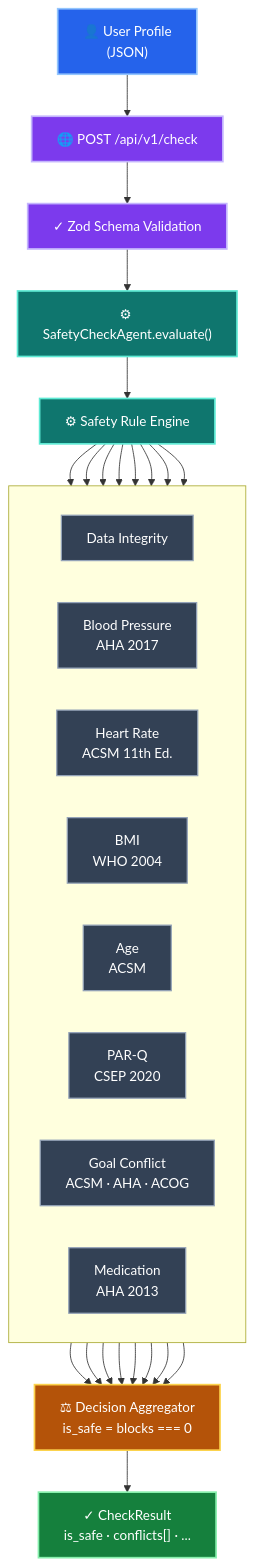
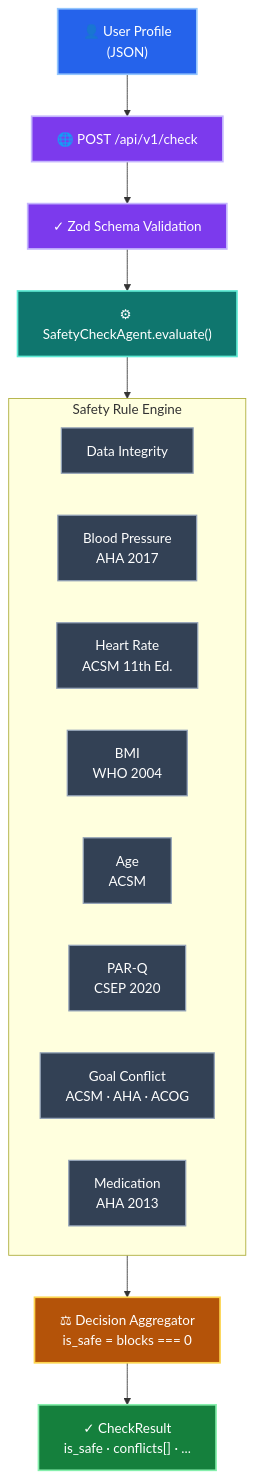
Before and after one commit to ritam03/safety-check-agent: the diagram in README.md, drawn with Mermaid.

Commit message:
Update Architecture Diagram

````diff
--- a/README.md
+++ b/README.md
@@ -76,68 +76,45 @@
 ```mermaid
 flowchart TB
 
     USER["👤 User Profile<br/>(JSON)"]
     API["🌐 POST /api/v1/check"]
     VALIDATE["✓ Zod Schema Validation"]
     AGENT["⚙ SafetyCheckAgent.evaluate()"]
 
     USER --> API
     API --> VALIDATE
     VALIDATE --> AGENT
 
-    ENGINE["⚙ Safety Rule Engine"]
-
-    AGENT --> ENGINE
-
-    subgraph RULES[" "]
+    subgraph RULES["Safety Rule Engine"]
         direction LR
         R1["Data Integrity"]
         R2["Blood Pressure<br/>AHA 2017"]
         R3["Heart Rate<br/>ACSM 11th Ed."]
         R4["BMI<br/>WHO 2004"]
         R5["Age<br/>ACSM"]
         R6["PAR-Q<br/>CSEP 2020"]
         R7["Goal Conflict<br/>ACSM · AHA · ACOG"]
         R8["Medication<br/>AHA 2013"]
     end
 
-    ENGINE --> R1
-    ENGINE --> R2
-    ENGINE --> R3
-    ENGINE --> R4
-    ENGINE --> R5
-    ENGINE --> R6
-    ENGINE --> R7
-    ENGINE --> R8
+    %% Connect directly to and from the subgraph instead of individual nodes
+    AGENT --> RULES
+    RULES --> DECISION
 
     DECISION["⚖ Decision Aggregator<br/>is_safe = blocks === 0"]
-
-    R1 --> DECISION
-    R2 --> DECISION
-    R3 --> DECISION
-    R4 --> DECISION
-    R5 --> DECISION
-    R6 --> DECISION
-    R7 --> DECISION
-    R8 --> DECISION
-
-    RESULT["✓ CheckResult<br/>is_safe · conflicts[] · ..."]
-
-    DECISION --> RESULT
+    DECISION --> RESULT["✓ CheckResult<br/>is_safe · conflicts[] · ..."]
 
     classDef input fill:#2563EB,stroke:#93C5FD,color:#FFFFFF,stroke-width:2px;
     classDef api fill:#7C3AED,stroke:#C4B5FD,color:#FFFFFF,stroke-width:2px;
     classDef agent fill:#0F766E,stroke:#5EEAD4,color:#FFFFFF,stroke-width:2px;
-    classDef engine fill:#0F766E,stroke:#5EEAD4,color:#FFFFFF,stroke-width:2px;
     classDef rule fill:#334155,stroke:#94A3B8,color:#FFFFFF,stroke-width:1.5px;
     classDef decision fill:#B45309,stroke:#FCD34D,color:#FFFFFF,stroke-width:2px;
     classDef result fill:#15803D,stroke:#86EFAC,color:#FFFFFF,stroke-width:2px;
 
     class USER input;
     class API,VALIDATE api;
     class AGENT agent;
-    class ENGINE engine;
     class R1,R2,R3,R4,R5,R6,R7,R8 rule;
     class DECISION decision;
     class RESULT result;
 ```
````
